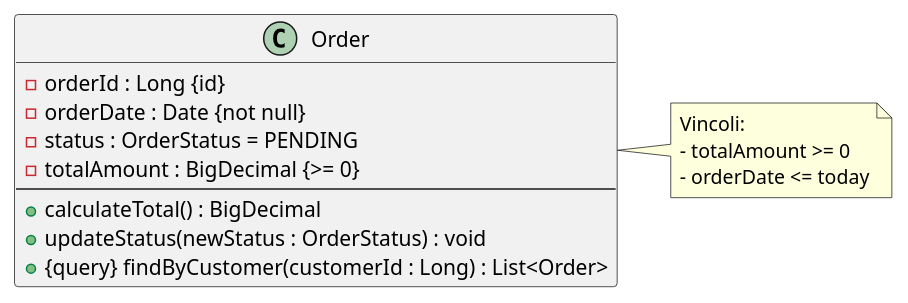
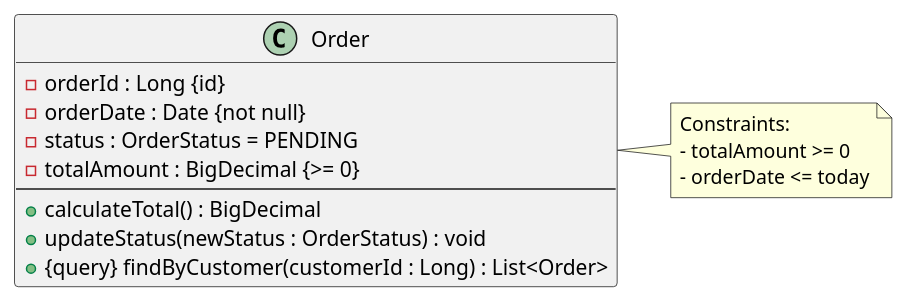
Diagram 13 of 30 in 04-structural-diagrams/class-diagrams/README.md (Seniorsimo/sas-template), drawn with PlantUML before and after one commit. The commit also changed other lines of this file and 49 other files, not shown here.

````diff
--- a/04-structural-diagrams/class-diagrams/README.md
+++ b/04-structural-diagrams/class-diagrams/README.md
@@ -138,14 +138,14 @@
 ```plantuml
 class Order {
   -orderId : Long {id}
   -orderDate : Date {not null}
   -status : OrderStatus = PENDING
   -totalAmount : BigDecimal {>= 0}
   --
   +calculateTotal() : BigDecimal
   +updateStatus(newStatus : OrderStatus) : void
   +{query} findByCustomer(customerId : Long) : List<Order>
 }
 
-note right of Order : Vincoli:\n- totalAmount >= 0\n- orderDate <= today
+note right of Order : Constraints:\n- totalAmount >= 0\n- orderDate <= today
 ```
````
